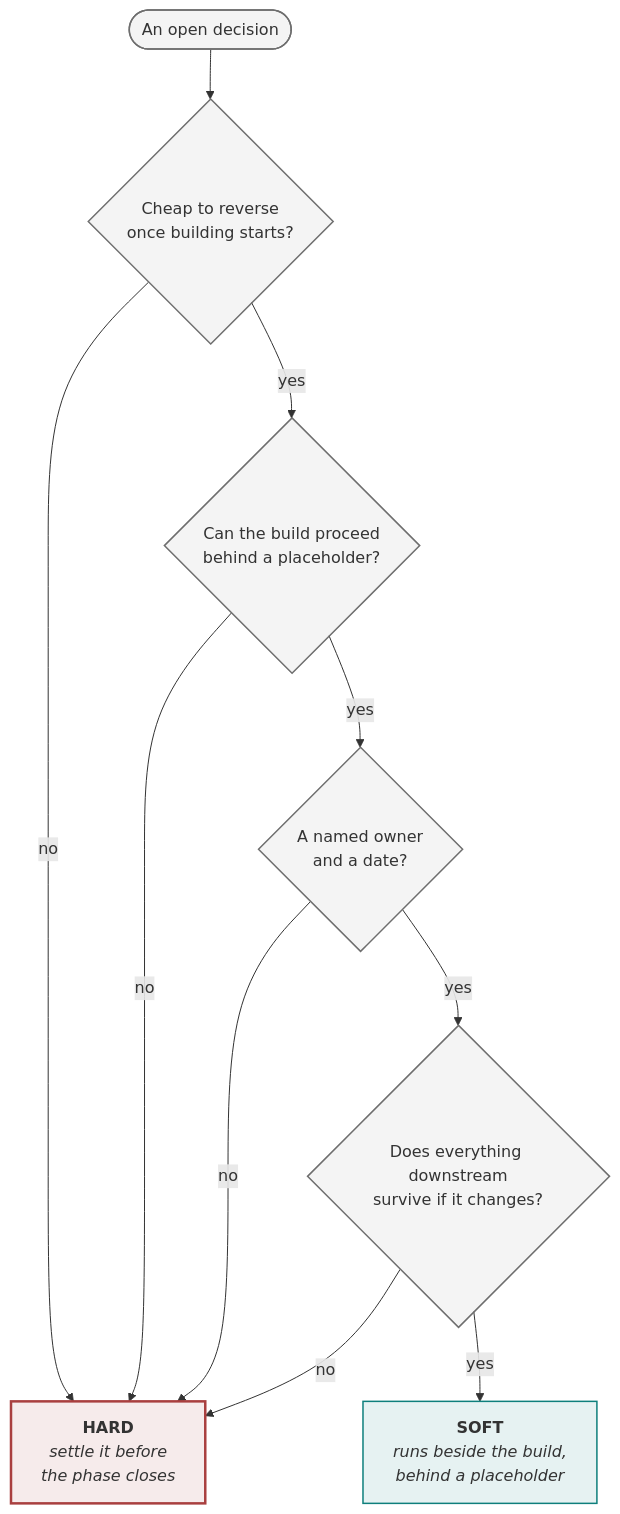
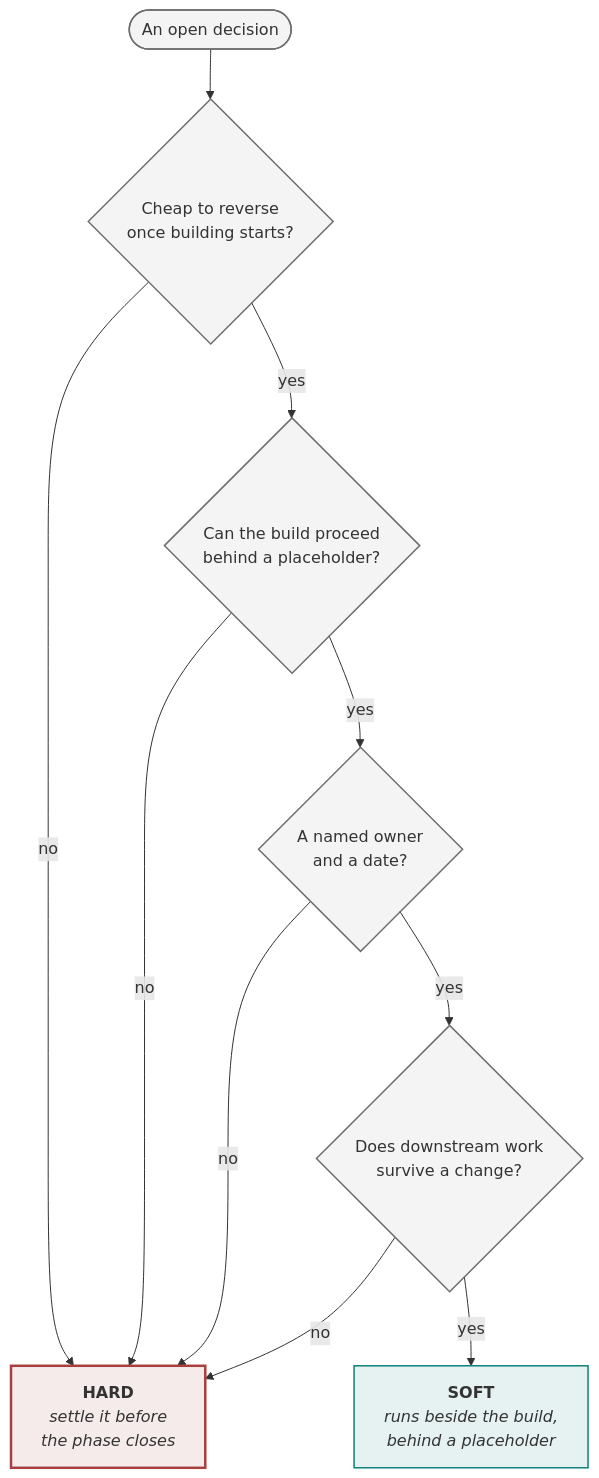
The diagram in site/content/learn/lessons/the-hard-gate.md (akash-coded/aws-bedrock-agentcore-strands), drawn with Mermaid before and after one commit. The commit also changed 82 other files, not shown here.

````diff
--- a/site/content/learn/lessons/the-hard-gate.md
+++ b/site/content/learn/lessons/the-hard-gate.md
@@ -18,19 +18,19 @@
 ```mermaid
 flowchart TB
   A(["An open decision"]) --> Q1{"Cheap to reverse<br/>once building starts?"}
   Q1 -->|"no"| H["<b>HARD</b><br/><i>settle it before<br/>the phase closes</i>"]
   Q1 -->|"yes"| Q2{"Can the build proceed<br/>behind a placeholder?"}
   Q2 -->|"no"| H
   Q2 -->|"yes"| Q3{"A named owner<br/>and a date?"}
   Q3 -->|"no"| H
-  Q3 -->|"yes"| Q4{"Does everything downstream<br/>survive if it changes?"}
+  Q3 -->|"yes"| Q4{"Does downstream work<br/>survive a change?"}
   Q4 -->|"no"| H
   Q4 -->|"yes"| S["<b>SOFT</b><br/><i>runs beside the build,<br/>behind a placeholder</i>"]
 
   classDef ask fill:#6E6E6E14,stroke:#6E6E6E,stroke-width:1.5px
   classDef hard fill:#A93F3F1A,stroke:#A93F3F,stroke-width:2.5px
   classDef soft fill:#0E7F7C1A,stroke:#0E7F7C,stroke-width:1.5px
   class A,Q1,Q2,Q3,Q4 ask
   class H hard
   class S soft
 ```
````
